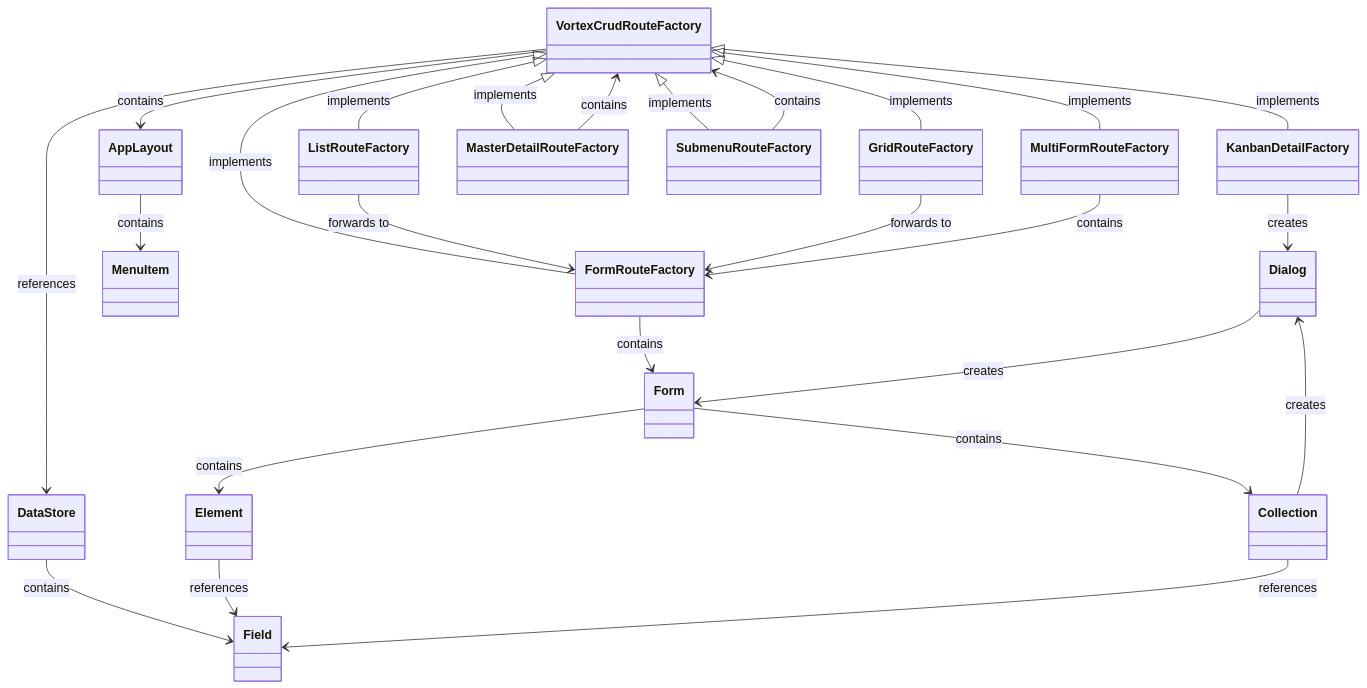
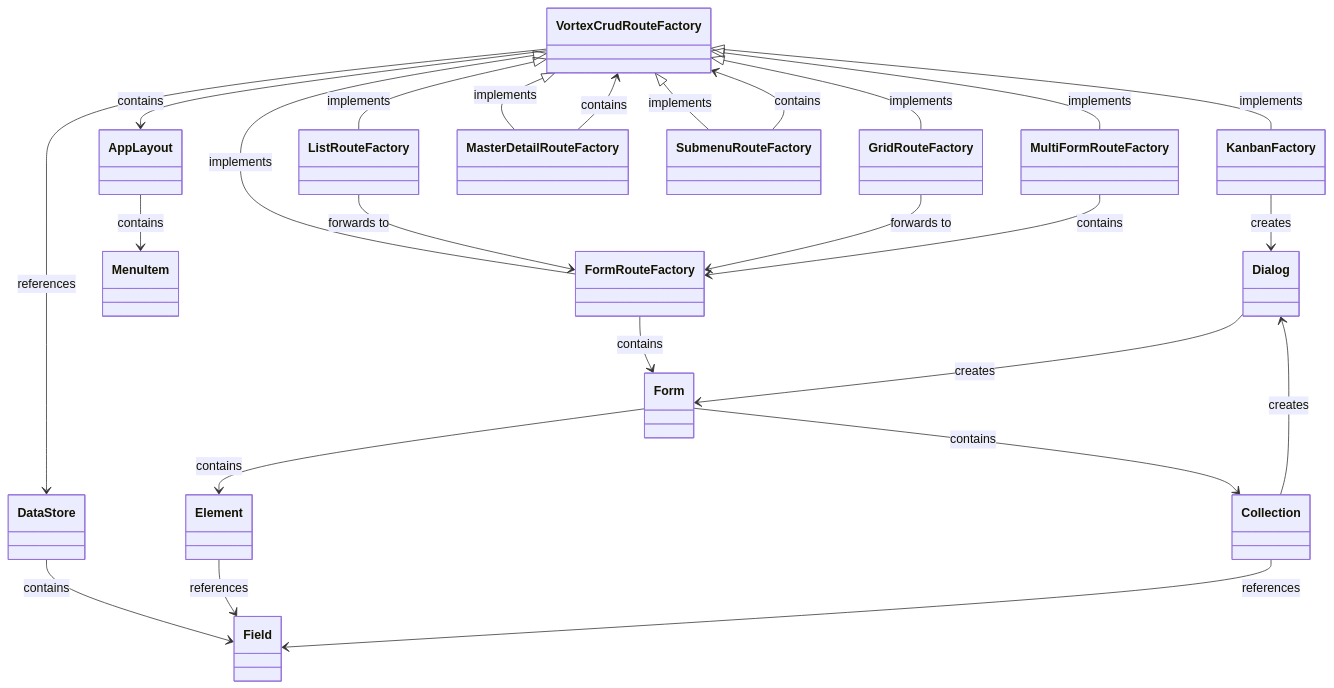
Before and after one commit to appreciated/vortex-crud: the second of 3 diagrams in README.md, drawn with Mermaid. The commit also changed other lines of this file, not shown here.

First line of the commit message:
Fix incorrect class name in README: KanbanDetailFactory → KanbanFactory

````diff
--- a/README.md
+++ b/README.md
@@ -529,43 +529,43 @@
 ```mermaid
 classDiagram
     class Dialog
     class DataStore
     class Field
     class VortexCrudRouteFactory
-    class KanbanDetailFactory
+    class KanbanFactory
     class AppLayout
     class MenuItem
     class FormRouteFactory
     class GridRouteFactory
     class ListRouteFactory
     class MasterDetailRouteFactory
     class SubmenuRouteFactory
     class MultiFormRouteFactory
     class Element
     class Collection
 
     VortexCrudRouteFactory <|-- GridRouteFactory: implements
-    VortexCrudRouteFactory <|-- KanbanDetailFactory: implements
+    VortexCrudRouteFactory <|-- KanbanFactory: implements
     VortexCrudRouteFactory <|-- ListRouteFactory: implements
     VortexCrudRouteFactory <|-- MasterDetailRouteFactory: implements
     VortexCrudRouteFactory <|-- SubmenuRouteFactory: implements
     VortexCrudRouteFactory <|-- MultiFormRouteFactory: implements
     VortexCrudRouteFactory <|-- FormRouteFactory: implements
     VortexCrudRouteFactory --> AppLayout: contains
     SubmenuRouteFactory --> VortexCrudRouteFactory: contains
     MasterDetailRouteFactory --> VortexCrudRouteFactory: contains
     AppLayout --> MenuItem: contains
     ListRouteFactory --> FormRouteFactory: forwards to
     GridRouteFactory --> FormRouteFactory: forwards to
     FormRouteFactory --> Form: contains
     MultiFormRouteFactory --> FormRouteFactory: contains
     Form --> Element: contains
     Form --> Collection: contains
     VortexCrudRouteFactory --> DataStore: references
     DataStore --> Field: contains
     Element --> Field: references
     Collection --> Field: references
     Collection --> Dialog: creates
-    KanbanDetailFactory --> Dialog: creates
+    KanbanFactory --> Dialog: creates
     Dialog --> Form: creates
 ```
````
